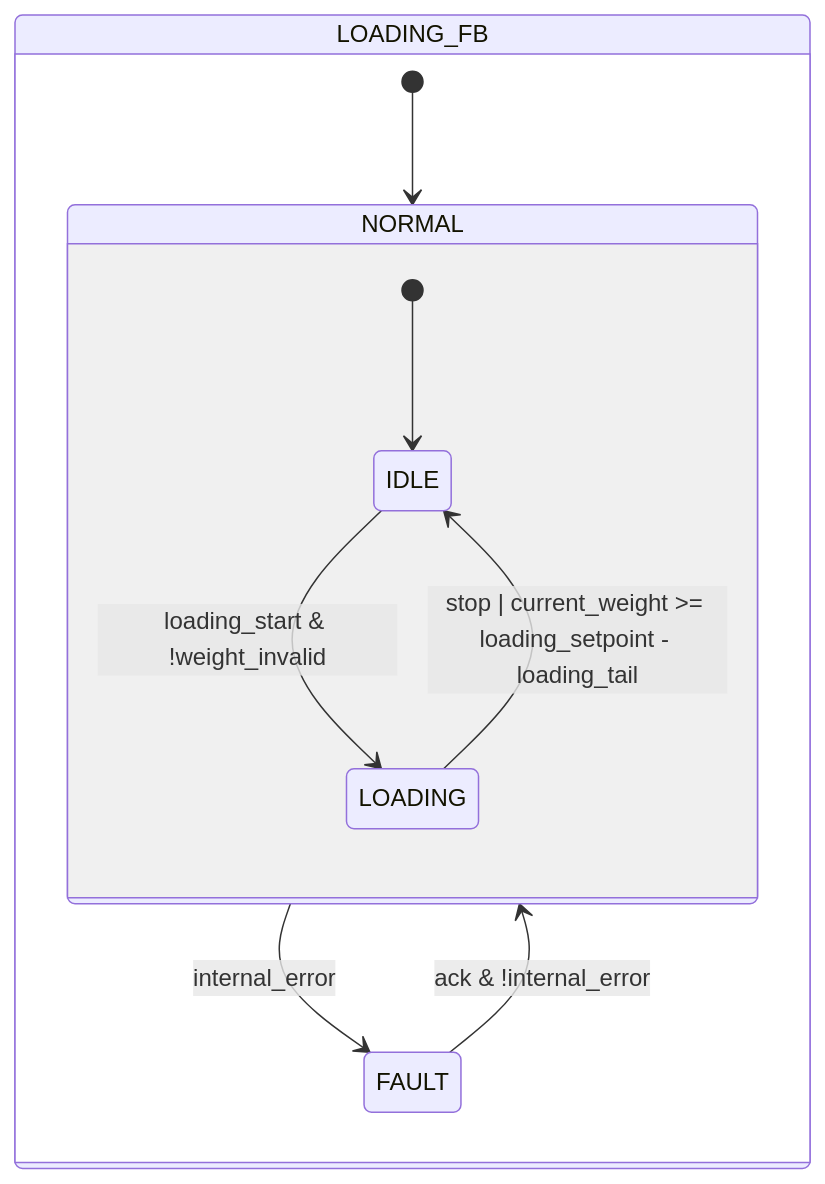
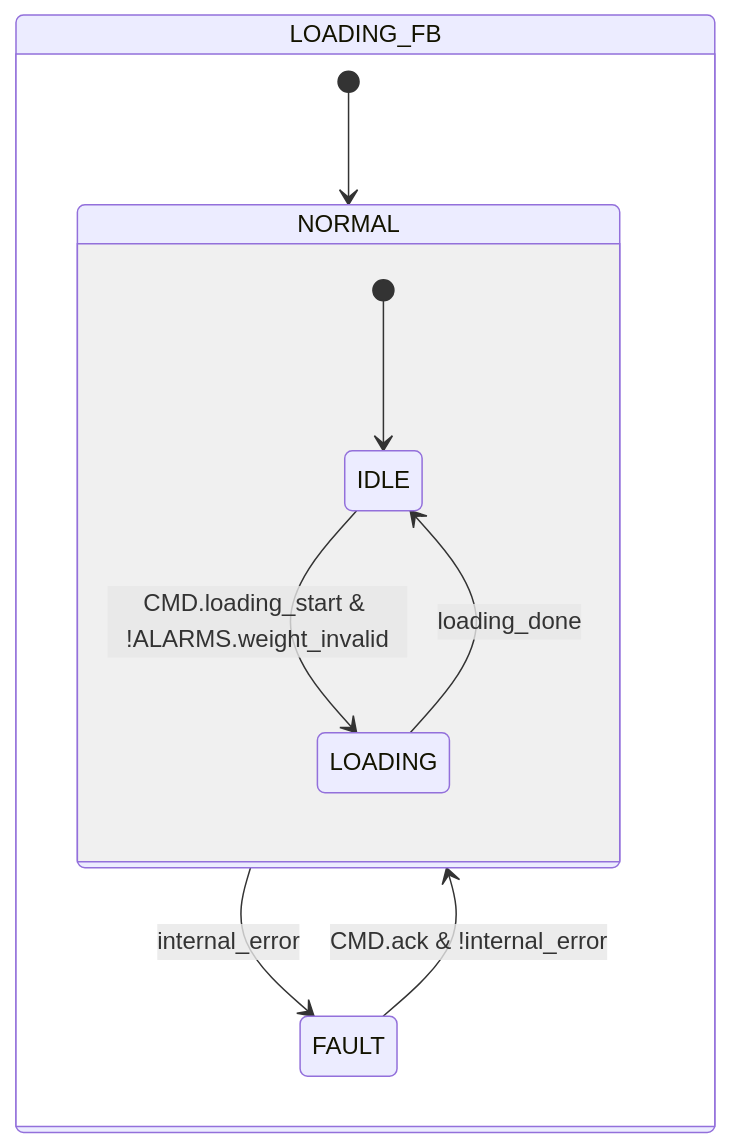
The second of 3 diagrams in docs/en/library/load-cells/loading-unloading/index.md (AleFire99/TIA_knowledge), drawn with Mermaid before and after one commit. The commit also changed other lines of this file and 35 other files, not shown here.

````diff
--- a/docs/en/library/load-cells/loading-unloading/index.md
+++ b/docs/en/library/load-cells/loading-unloading/index.md
@@ -153,15 +153,15 @@
 ```mermaid
 stateDiagram-v2
 state LOADING_FB{
     [*] --> NORMAL
 
     NORMAL --> FAULT : internal_error
-    FAULT --> NORMAL : ack & !internal_error
+    FAULT --> NORMAL : CMD.ack & !internal_error
 
     state NORMAL {
         [*] --> IDLE
-        IDLE --> LOADING : loading_start & !weight_invalid
-        LOADING --> IDLE : stop | current_weight >= loading_setpoint - loading_tail
+        IDLE --> LOADING : CMD.loading_start & !ALARMS.weight_invalid
+        LOADING --> IDLE : loading_done
     }
 }
 ```
````
